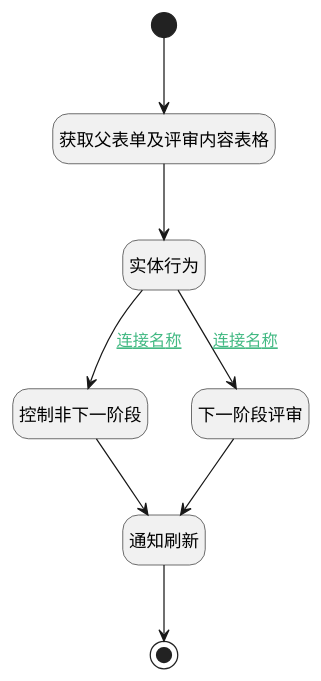
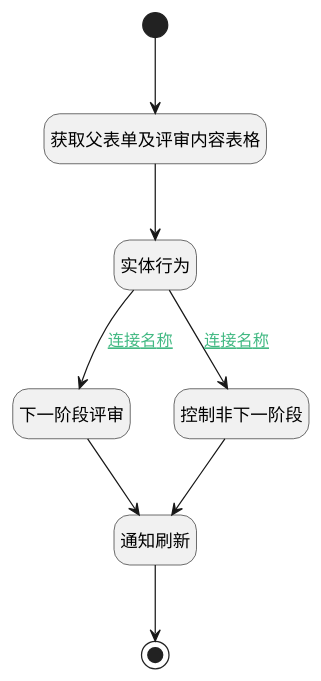
One commit to iBizLab/plm changed the diagram in doc/docsify/module/TestMgmt/review_result/uilogic/pass.md. Above: the diagram before and after it, drawn with PlantUML. The commit also changed other lines of this file and 799 other files, not shown here.

````diff
--- a/doc/docsify/module/TestMgmt/review_result/uilogic/pass.md
+++ b/doc/docsify/module/TestMgmt/review_result/uilogic/pass.md
@@ -7,30 +7,30 @@
 ```plantuml
 @startuml
 hide footbox
 <style>
 root {
   HyperlinkColor #42b983
 }
 </style>
 
 hide empty description
 state "开始" as Begin <<start>> [[$./pass#begin {开始}]]
+state "下一阶段评审" as RAWJSCODE2  [[$./pass#rawjscode2 {下一阶段评审}]]
 state "控制非下一阶段" as RAWJSCODE3  [[$./pass#rawjscode3 {控制非下一阶段}]]
-state "下一阶段评审" as RAWJSCODE2  [[$./pass#rawjscode2 {下一阶段评审}]]
 state "结束" as END1 <<end>> [[$./pass#end1 {结束}]]
+state "获取父表单及评审内容表格" as PREPAREJSPARAM1  [[$./pass#preparejsparam1 {获取父表单及评审内容表格}]]
 state "实体行为" as DEACTION1  [[$./pass#deaction1 {实体行为}]]
-state "获取父表单及评审内容表格" as PREPAREJSPARAM1  [[$./pass#preparejsparam1 {获取父表单及评审内容表格}]]
 state "通知刷新" as RAWJSCODE4  [[$./pass#rawjscode4 {通知刷新}]]
 
 
 Begin --> PREPAREJSPARAM1
 PREPAREJSPARAM1 --> DEACTION1
 DEACTION1 --> RAWJSCODE2 : [[$./pass#deaction1-rawjscode2{连接名称} 连接名称]]
 RAWJSCODE2 --> RAWJSCODE4
 RAWJSCODE4 --> END1
 DEACTION1 --> RAWJSCODE3 : [[$./pass#deaction1-rawjscode3{连接名称} 连接名称]]
 RAWJSCODE3 --> RAWJSCODE4
 
 
 @enduml
 ```
````
